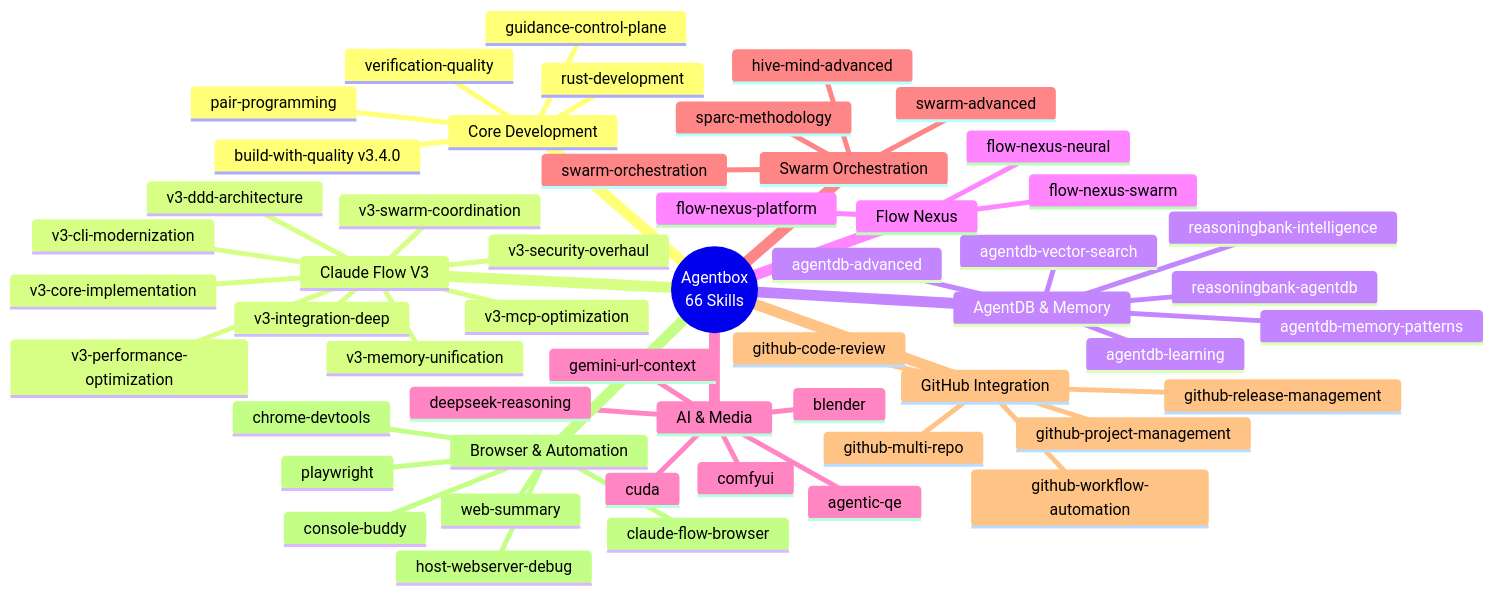
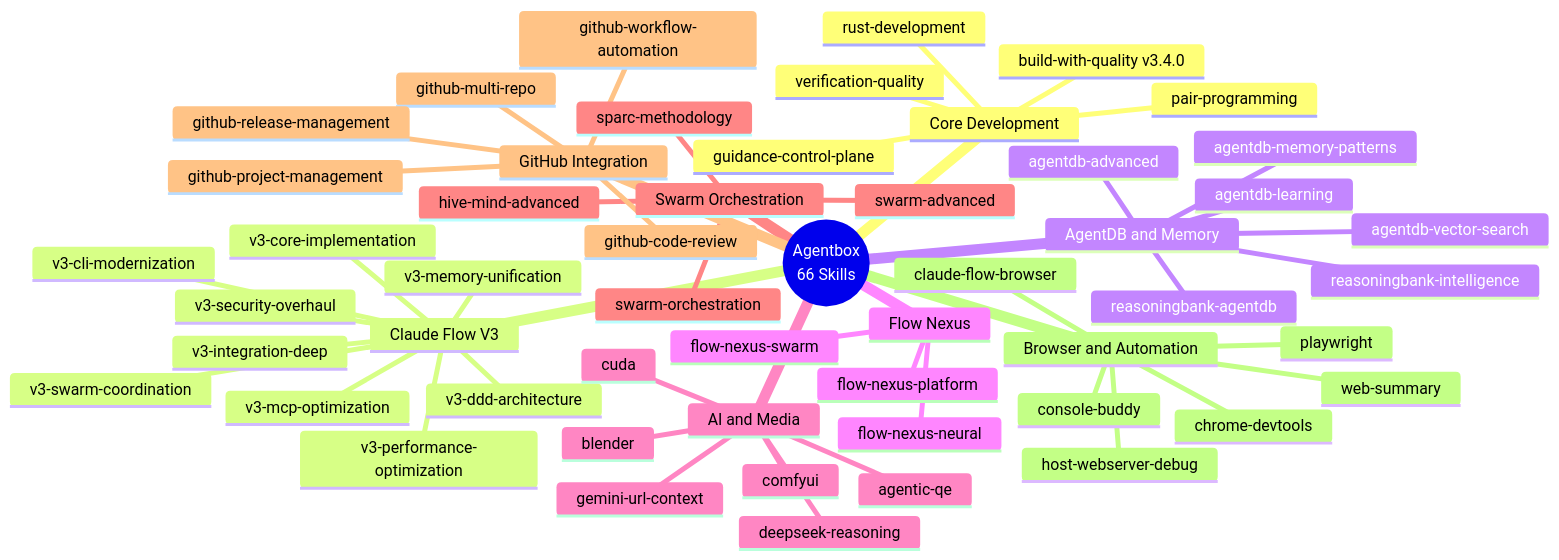
One commit to DreamLab-AI/agentbox changed the seventh of 9 diagrams in README.md. Above: the diagram before and after it, drawn with Mermaid. The commit also changed other lines of this file and 5 other files, not shown here.

````diff
--- a/README.md
+++ b/README.md
@@ -407,56 +550,56 @@
 ```mermaid
 mindmap
   root((Agentbox<br/>66 Skills))
     Core Development
       build-with-quality v3.4.0
       verification-quality
       rust-development
       guidance-control-plane
       pair-programming
     Claude Flow V3
       v3-core-implementation
       v3-ddd-architecture
       v3-memory-unification
       v3-performance-optimization
       v3-security-overhaul
       v3-swarm-coordination
       v3-cli-modernization
       v3-mcp-optimization
       v3-integration-deep
-    AgentDB & Memory
+    AgentDB and Memory
       agentdb-advanced
       agentdb-learning
       agentdb-memory-patterns
       agentdb-vector-search
       reasoningbank-agentdb
       reasoningbank-intelligence
     Flow Nexus
       flow-nexus-neural
       flow-nexus-platform
       flow-nexus-swarm
-    AI & Media
+    AI and Media
       blender
       comfyui
       cuda
       gemini-url-context
       deepseek-reasoning
       agentic-qe
     Swarm Orchestration
       hive-mind-advanced
       swarm-advanced
       swarm-orchestration
       sparc-methodology
     GitHub Integration
       github-code-review
       github-multi-repo
       github-project-management
       github-release-management
       github-workflow-automation
-    Browser & Automation
+    Browser and Automation
       playwright
       chrome-devtools
       claude-flow-browser
       web-summary
       host-webserver-debug
       console-buddy
 ```
````
